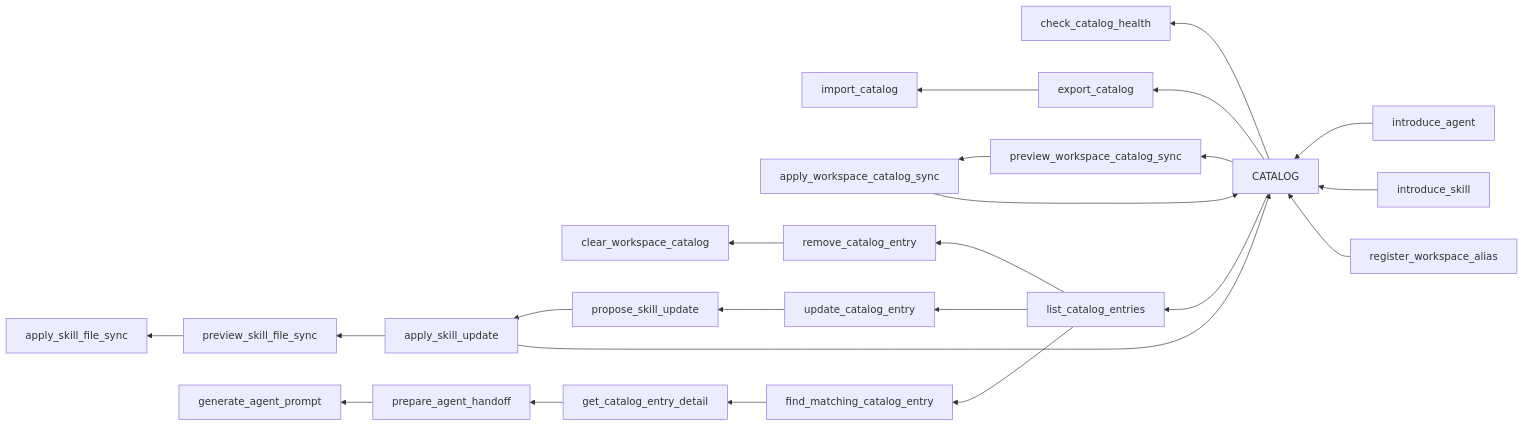
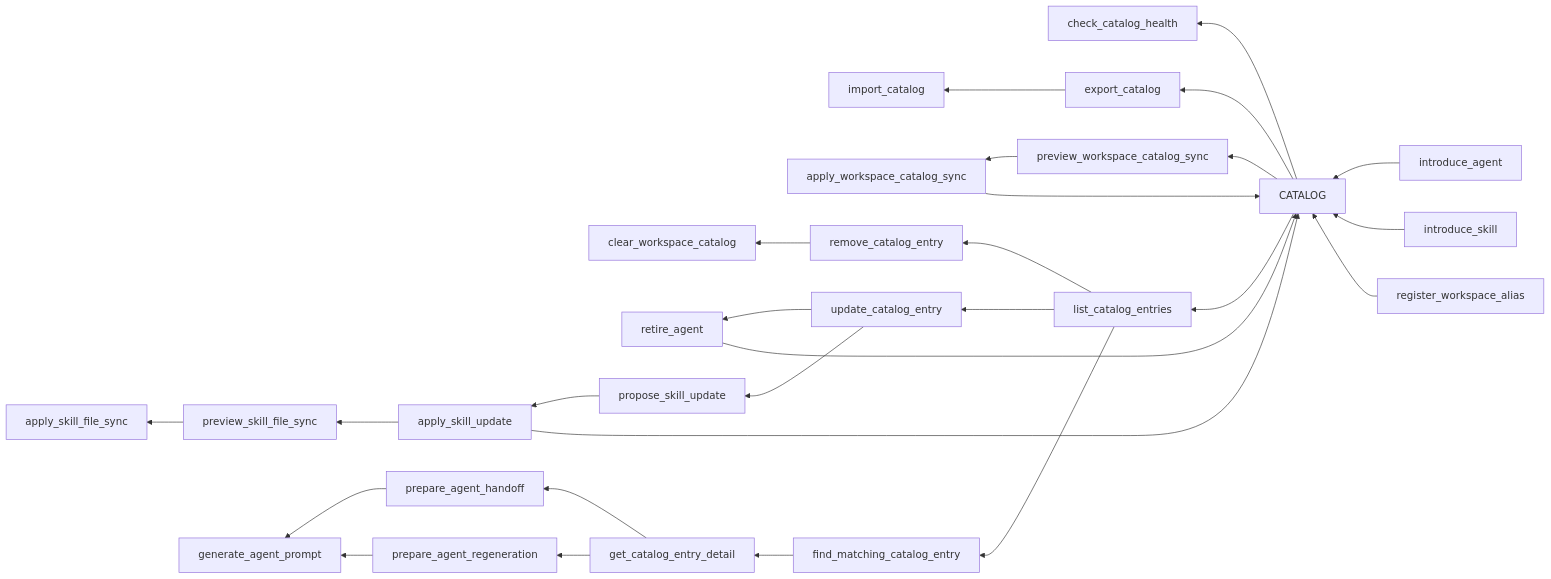
One commit to okanaslan/lor-mcp changed the diagram in README.md. Above: the diagram before and after it, drawn with Mermaid. The commit also changed other lines of this file and 20 other files, not shown here.

First line of the commit message:
feat(catalog): add agent regeneration lifecycle

````diff
--- a/README.md
+++ b/README.md
@@ -51,28 +51,32 @@
 ```mermaid
 flowchart RL
   catalog["CATALOG"]
 
   introduceAgent["introduce_agent"] --> catalog
   introduceSkill["introduce_skill"] --> catalog
   registerAlias["register_workspace_alias"] --> catalog
   catalog --> checkHealth["check_catalog_health"]
   catalog --> exportCatalog["export_catalog"]
   exportCatalog --> importCatalog["import_catalog"]
   catalog --> previewWorkspaceSync["preview_workspace_catalog_sync"]
   previewWorkspaceSync --> applyWorkspaceSync["apply_workspace_catalog_sync"]
   applyWorkspaceSync --> catalog
   catalog --> listEntries["list_catalog_entries"]
 
   listEntries --> removeEntry["remove_catalog_entry"]
   removeEntry --> clearCatalog["clear_workspace_catalog"]
   listEntries --> updateEntry["update_catalog_entry"]
+  updateEntry --> retireAgent["retire_agent"]
+  retireAgent --> catalog
   updateEntry --> proposeSkillUpdate["propose_skill_update"]
   proposeSkillUpdate --> applySkillUpdate["apply_skill_update"]
   applySkillUpdate --> catalog
   applySkillUpdate --> previewSkillFileSync["preview_skill_file_sync"]
   previewSkillFileSync --> applySkillFileSync["apply_skill_file_sync"]
   listEntries --> findMatch["find_matching_catalog_entry"]
   findMatch --> detail["get_catalog_entry_detail"]
   detail --> handoff["prepare_agent_handoff"]
+  detail --> regeneration["prepare_agent_regeneration"]
   handoff --> generatePrompt["generate_agent_prompt"]
+  regeneration --> generatePrompt
 ```
````
